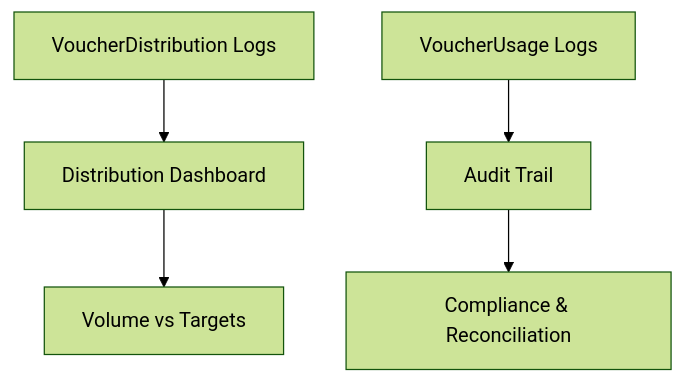
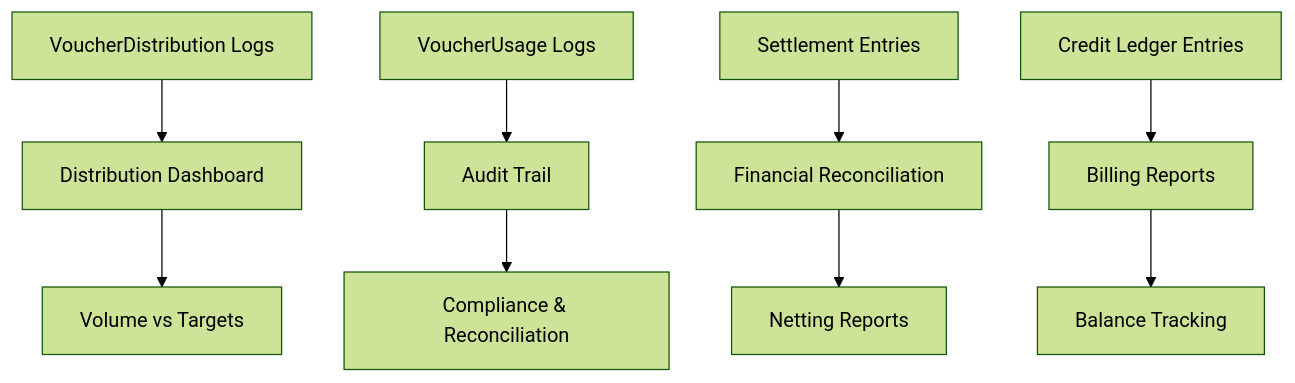
The eighth of 14 diagrams in .qoder/repowiki/en/content/Business Logic and Workflows/Business Logic and Workflows.md (lamhongbac/NonCash), drawn with Mermaid (forest theme) before and after one commit. The commit also changed other lines of this file and 13 other files, not shown here.

````diff
--- a/.qoder/repowiki/en/content/Business Logic and Workflows/Business Logic and Workflows.md
+++ b/.qoder/repowiki/en/content/Business Logic and Workflows/Business Logic and Workflows.md
@@ -318,7 +366,11 @@
 ```mermaid
 flowchart TD
 DistLogs["VoucherDistribution Logs"] --> Dash["Distribution Dashboard"]
 UsageLogs["VoucherUsage Logs"] --> Audit["Audit Trail"]
+SettlementLogs["Settlement Entries"] --> Financial["Financial Reconciliation"]
+CreditLogs["Credit Ledger Entries"] --> Billing["Billing Reports"]
 Dash --> Metrics["Volume vs Targets"]
 Audit --> Compliance["Compliance & Reconciliation"]
+Financial --> Netting["Netting Reports"]
+Billing --> Balance["Balance Tracking"]
 ```
````
